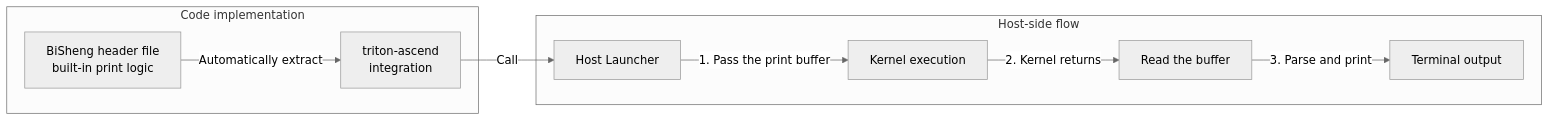
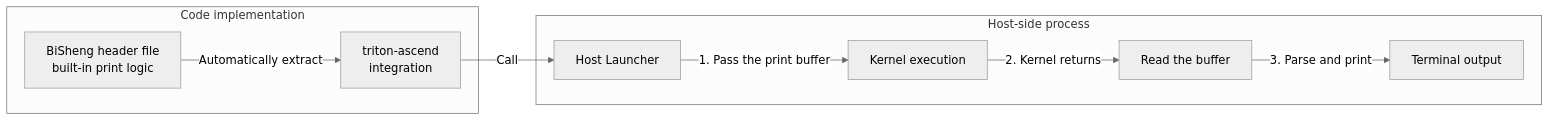
Before and after one commit to Ascend/AscendNPU-IR: the diagram in docs/source/en/developer_guide/features/dfx.md, drawn with Mermaid (neutral theme). The commit also changed other lines of this file and 33 other files, not shown here.

````diff
--- a/docs/source/en/developer_guide/features/dfx.md
+++ b/docs/source/en/developer_guide/features/dfx.md
@@ -9,13 +9,13 @@
 ```mermaid
 flowchart LR
-    subgraph Host[Host-side flow]
+    subgraph Host[Host-side process]
         A[Host Launcher] -->|1. Pass the print buffer| B[Kernel execution]
         B -->|2. Kernel returns| C[Read the buffer]
         C -->|3. Parse and print| D[Terminal output]
     end
 
     subgraph Code[Code implementation]
         E[BiSheng header file<br/>built-in print logic] -->|Automatically extract| F[triton-ascend<br/>integration]
         F -->|Call| A
     end
 ```
````
